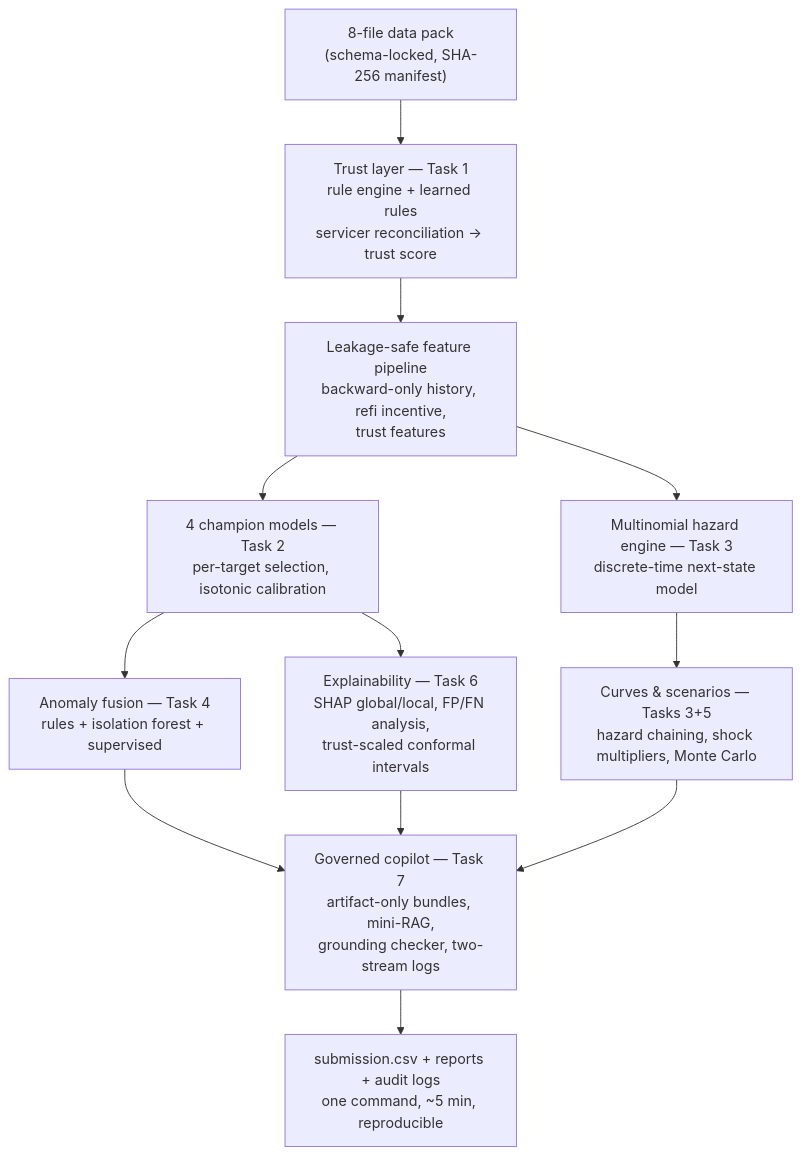
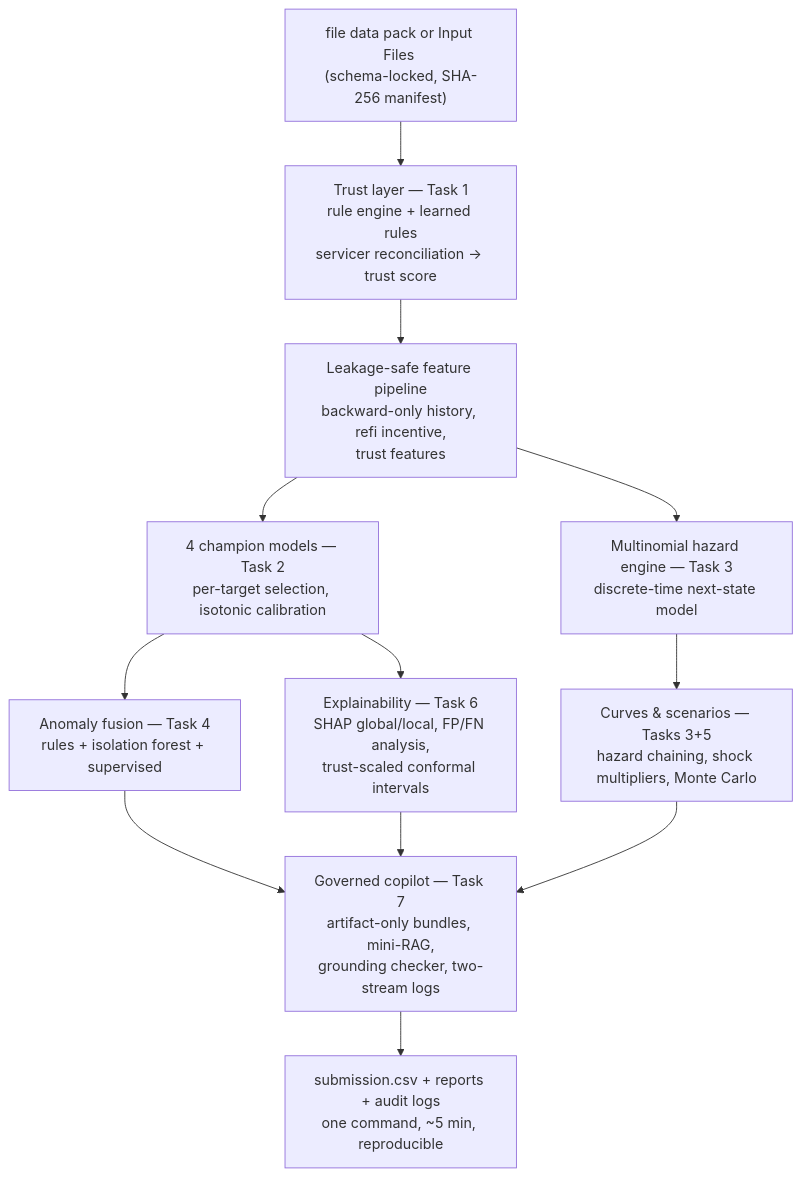
The diagram in README.md (Harsh067899/Intain_Round_2_Prototype_Harsh), drawn with Mermaid before and after one commit.

Commit message:
Update input file description in README.md

````diff
--- a/README.md
+++ b/README.md
@@ -16,14 +16,14 @@
 ```mermaid
 flowchart TD
-    A["8-file data pack<br/>(schema-locked, SHA-256 manifest)"] --> B["Trust layer — Task 1<br/>rule engine + learned rules<br/>servicer reconciliation → trust score"]
+    A["file data pack or Input Files <br/>(schema-locked, SHA-256 manifest)"] --> B["Trust layer — Task 1<br/>rule engine + learned rules<br/>servicer reconciliation → trust score"]
     B --> C["Leakage-safe feature pipeline<br/>backward-only history, refi incentive,<br/>trust features"]
     C --> D["4 champion models — Task 2<br/>per-target selection, isotonic calibration"]
     C --> E["Multinomial hazard engine — Task 3<br/>discrete-time next-state model"]
     D --> F["Anomaly fusion — Task 4<br/>rules + isolation forest + supervised"]
     E --> G["Curves & scenarios — Tasks 3+5<br/>hazard chaining, shock multipliers, Monte Carlo"]
     D --> H["Explainability — Task 6<br/>SHAP global/local, FP/FN analysis,<br/>trust-scaled conformal intervals"]
     F --> I["Governed copilot — Task 7<br/>artifact-only bundles, mini-RAG,<br/>grounding checker, two-stream logs"]
     G --> I
     H --> I
     I --> J["submission.csv + reports + audit logs<br/>one command, ~5 min, reproducible"]
 ```
````
